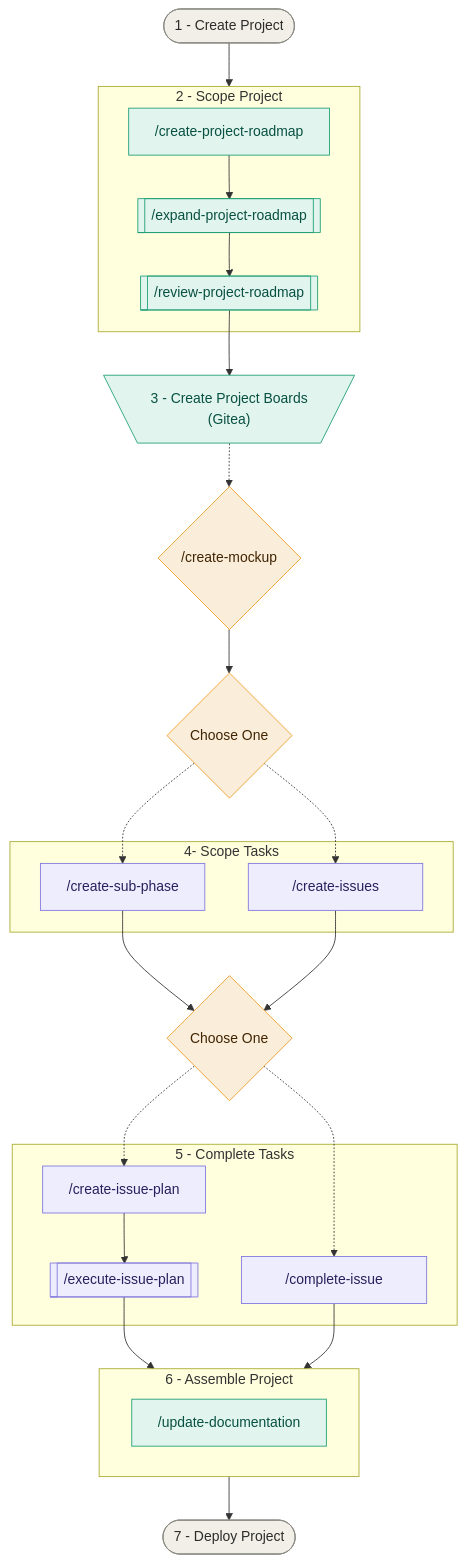
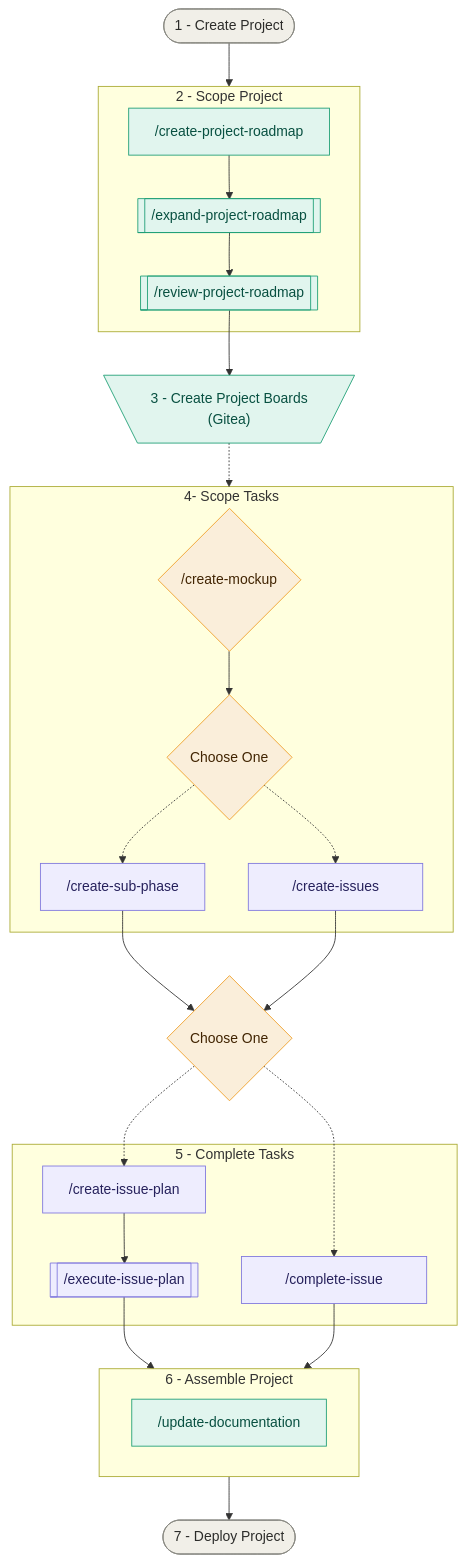
Before and after one commit to kheise-91/job-tracker: the diagram in docs/workflows/project-development.md, drawn with Mermaid.

Commit message:
Fixing project development workflow diagram with new claude skill.

````diff
--- a/docs/workflows/project-development.md
+++ b/docs/workflows/project-development.md
@@ -62,56 +62,58 @@
 ```mermaid
 flowchart TD
     Start([1 - Create Project])
     End([7 - Deploy Project])
 
     subgraph SCOPE_PROJECT["2 - Scope Project"]
         S1["/create-project-roadmap"]
         S2@{ shape: subproc, label: "/expand-project-roadmap" }
         S3@{ shape: subproc, label: "/review-project-roadmap" }
     end
 
     G1@{ shape: trap-t, label: "3 - Create Project Boards <br> (Gitea)"}
 
     subgraph SCOPE_TASKS["4-  Scope Tasks"]
+        C1{"/create-mockup"}
+        C2{"Choose One"}
         TC1@{ shape: proc, label: "/create-sub-phase" }
         TC2@{ shape: proc, label: " &emsp; /create-issues &emsp; " }
     end
 
     subgraph DEVELOPMENT["5 - Complete Tasks"]
         D1@{ shape: proc, label: "/create-issue-plan" }
         D2@{ shape: subproc, label: "/execute-issue-plan" }
         D3@{ shape: proc, label: " &emsp; /complete-issue &emsp; " }
     end
 
     subgraph DOCUMENTATION["6 - Assemble Project"]
         DOC["/update-documentation"]
     end
 
     Start --> SCOPE_PROJECT
     S1 --> S2
     S2 --> S3
     S3 --> G1
-    G1 -.-> C1{"/create-mockup"}
-    C1 --> C2{"Choose One"}
+    G1 -.-> SCOPE_TASKS
+    C1 --> C2
     C2 -.-> TC1
     C2 -.-> TC2
     TC1 --> C3{"Choose One"}
     TC2 --> C3
     C3 -.-> D1
     C3 -.-> D3
     D1 --> D2
     D2 --> DOCUMENTATION
     D3 --> DOCUMENTATION
 
     DOCUMENTATION --> End
 
     classDef sequential fill:#E1F5EE,stroke:#1D9E75,color:#085041
     classDef choice fill:#EEEDFE,stroke:#7F77DD,color:#26215C
     classDef decision fill:#FAEEDA,stroke:#EF9F27,color:#412402
     classDef terminal fill:#F1EFE8,stroke:#888780,color:#2C2C2A
 
     class S1,S2,S3,G1,DOC sequential
     class TC1,TC2,D1,D2,D3 choice
     class C1,C2,C3 decision
     class Start,End terminal
 ```
````
